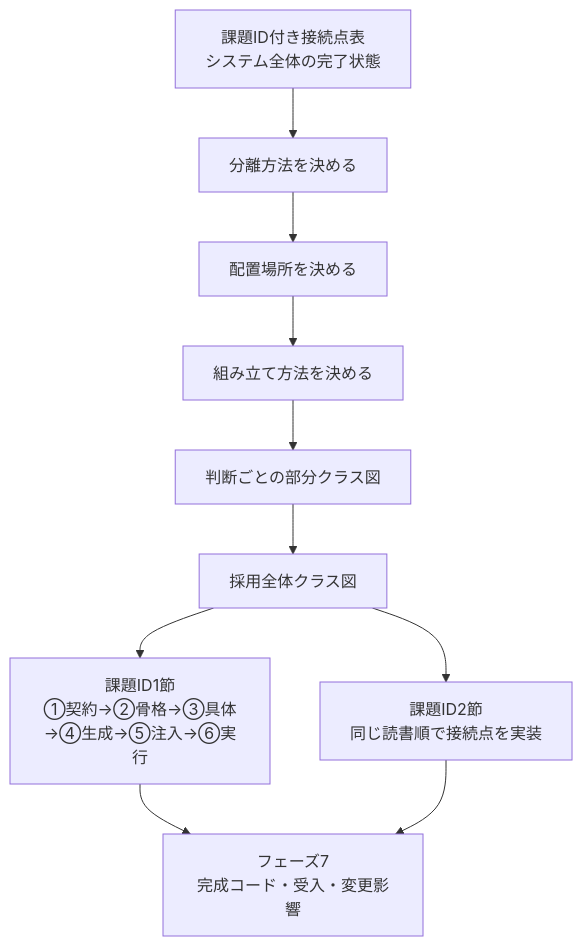
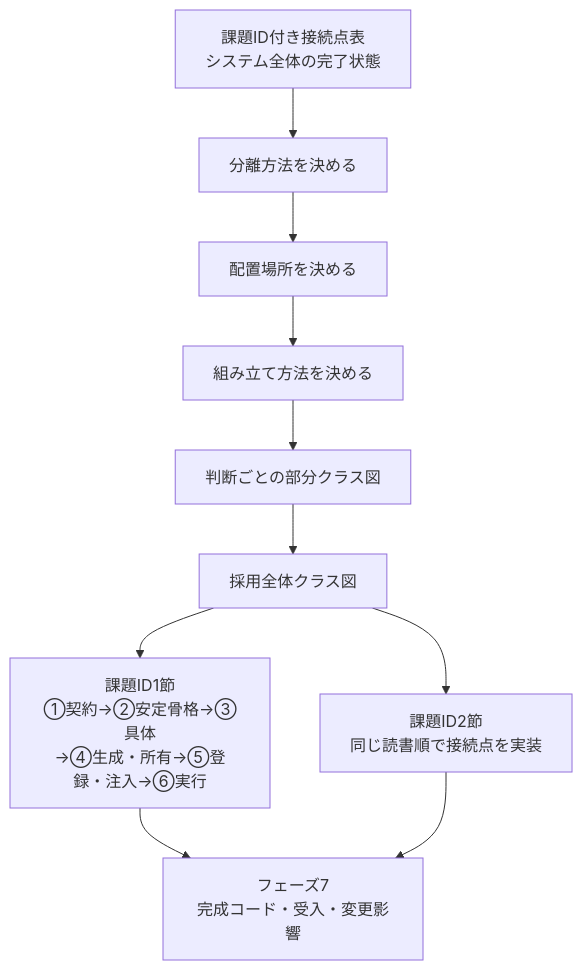
The seventh of 8 diagrams in kindle/design-patterns/output/chapter00_2.md (kumachan1101-pixel/DesignPattern), drawn with Mermaid before and after one commit. The commit also changed other lines of this file and 23 other files, not shown here.

````diff
--- a/kindle/design-patterns/output/chapter00_2.md
+++ b/kindle/design-patterns/output/chapter00_2.md
@@ -924,18 +939,18 @@
 ```mermaid
 flowchart TB
     A["課題ID付き接続点表<br/>システム全体の完了状態"]
     B["分離方法を決める"]
     C["配置場所を決める"]
     D["組み立て方法を決める"]
     E["判断ごとの部分クラス図"]
     F["採用全体クラス図"]
-    G1["課題ID1節<br/>①契約→②骨格→③具体<br/>→④生成→⑤注入→⑥実行"]
+    G1["課題ID1節<br/>①契約→②安定骨格→③具体<br/>→④生成・所有→⑤登録・注入→⑥実行"]
     G2["課題ID2節<br/>同じ読書順で接続点を実装"]
     H["フェーズ7<br/>完成コード・受入・変更影響"]
 
     A --> B --> C --> D --> E --> F
     F --> G1
     F --> G2
     G1 --> H
     G2 --> H
 ```
````
